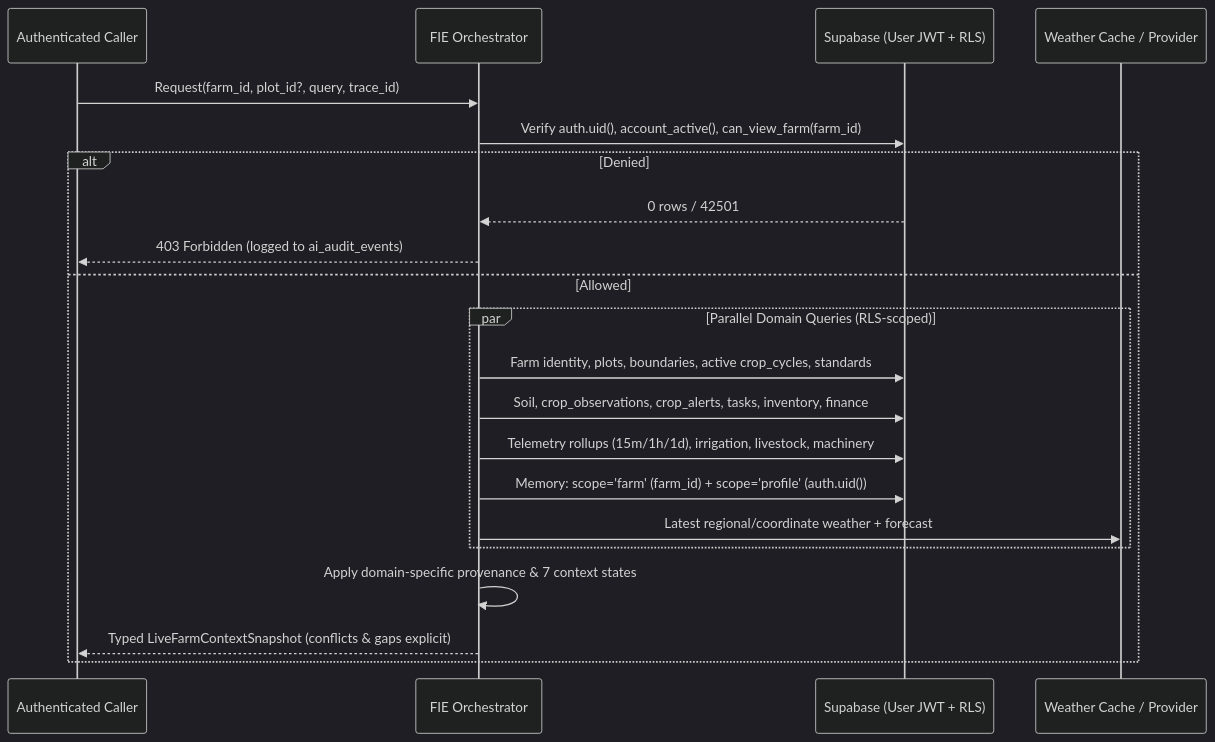
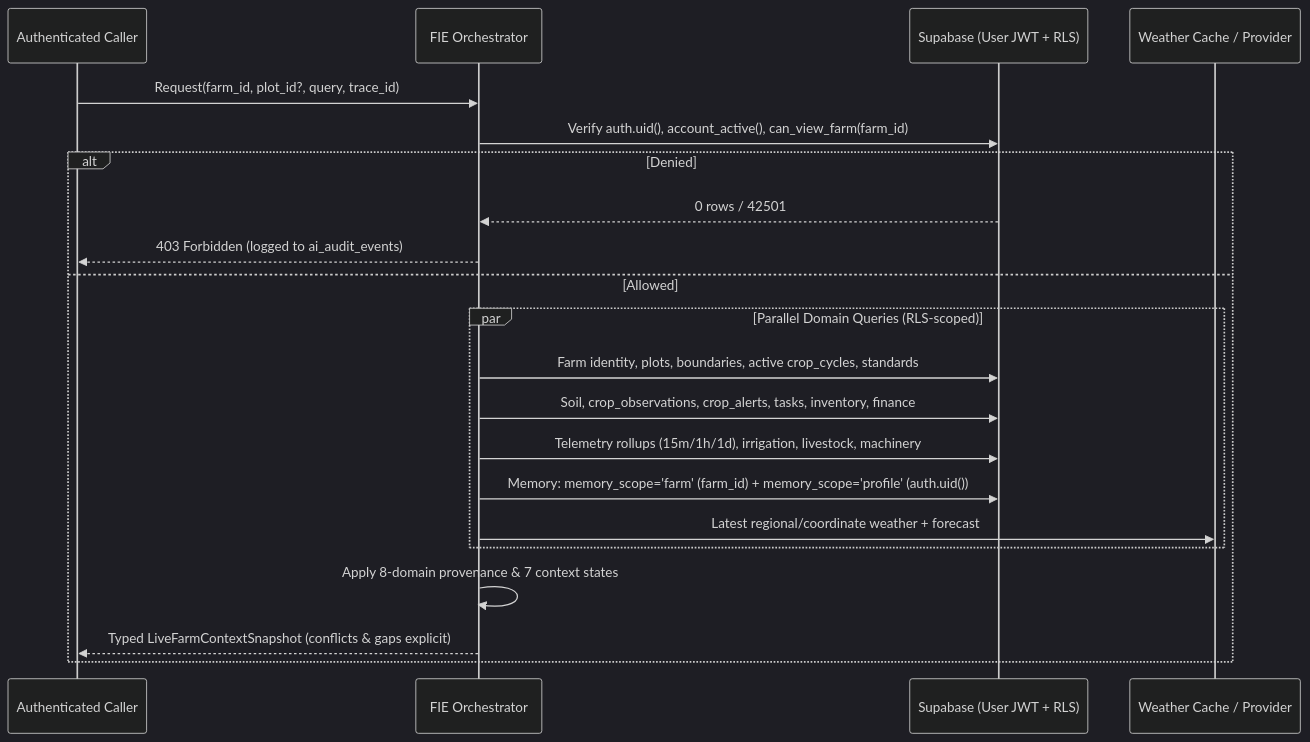
The second of 4 diagrams in docs/architecture/batch-03/BATCH_03_0_TARGET_ARCHITECTURE.md (farmconnect-ux/cultivanode), drawn with Mermaid (dark theme) before and after one commit. The commit also changed other lines of this file and 7 other files, not shown here.

Commit message:
docs(architecture): tighten Batch 03.0 identity and memory controls

````diff
--- a/docs/architecture/batch-03/BATCH_03_0_TARGET_ARCHITECTURE.md
+++ b/docs/architecture/batch-03/BATCH_03_0_TARGET_ARCHITECTURE.md
@@ -62,24 +62,24 @@
 ```mermaid
 sequenceDiagram
   participant Caller as Authenticated Caller
   participant Orch as FIE Orchestrator
   participant DB as Supabase (User JWT + RLS)
   participant Wx as Weather Cache / Provider
 
   Caller->>Orch: Request(farm_id, plot_id?, query, trace_id)
   Orch->>DB: Verify auth.uid(), account_active(), can_view_farm(farm_id)
   alt Denied
     DB-->>Orch: 0 rows / 42501
     Orch-->>Caller: 403 Forbidden (logged to ai_audit_events)
   else Allowed
     par Parallel Domain Queries (RLS-scoped)
       Orch->>DB: Farm identity, plots, boundaries, active crop_cycles, standards
       Orch->>DB: Soil, crop_observations, crop_alerts, tasks, inventory, finance
       Orch->>DB: Telemetry rollups (15m/1h/1d), irrigation, livestock, machinery
-      Orch->>DB: Memory: scope='farm' (farm_id) + scope='profile' (auth.uid())
+      Orch->>DB: Memory: memory_scope='farm' (farm_id) + memory_scope='profile' (auth.uid())
       Orch->>Wx: Latest regional/coordinate weather + forecast
     end
-    Orch->>Orch: Apply domain-specific provenance & 7 context states
+    Orch->>Orch: Apply 8-domain provenance & 7 context states
     Orch-->>Caller: Typed LiveFarmContextSnapshot (conflicts & gaps explicit)
   end
 ```
````
